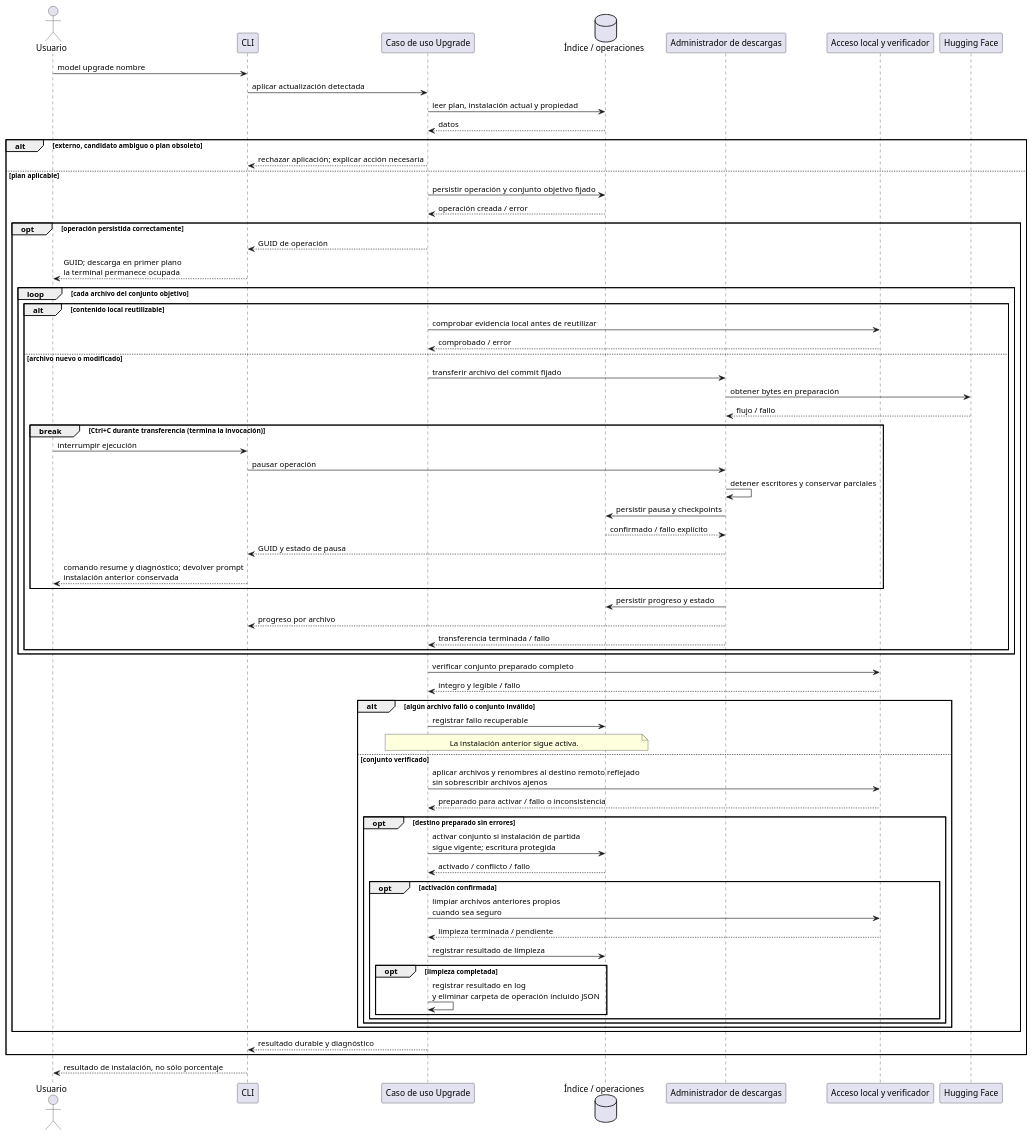
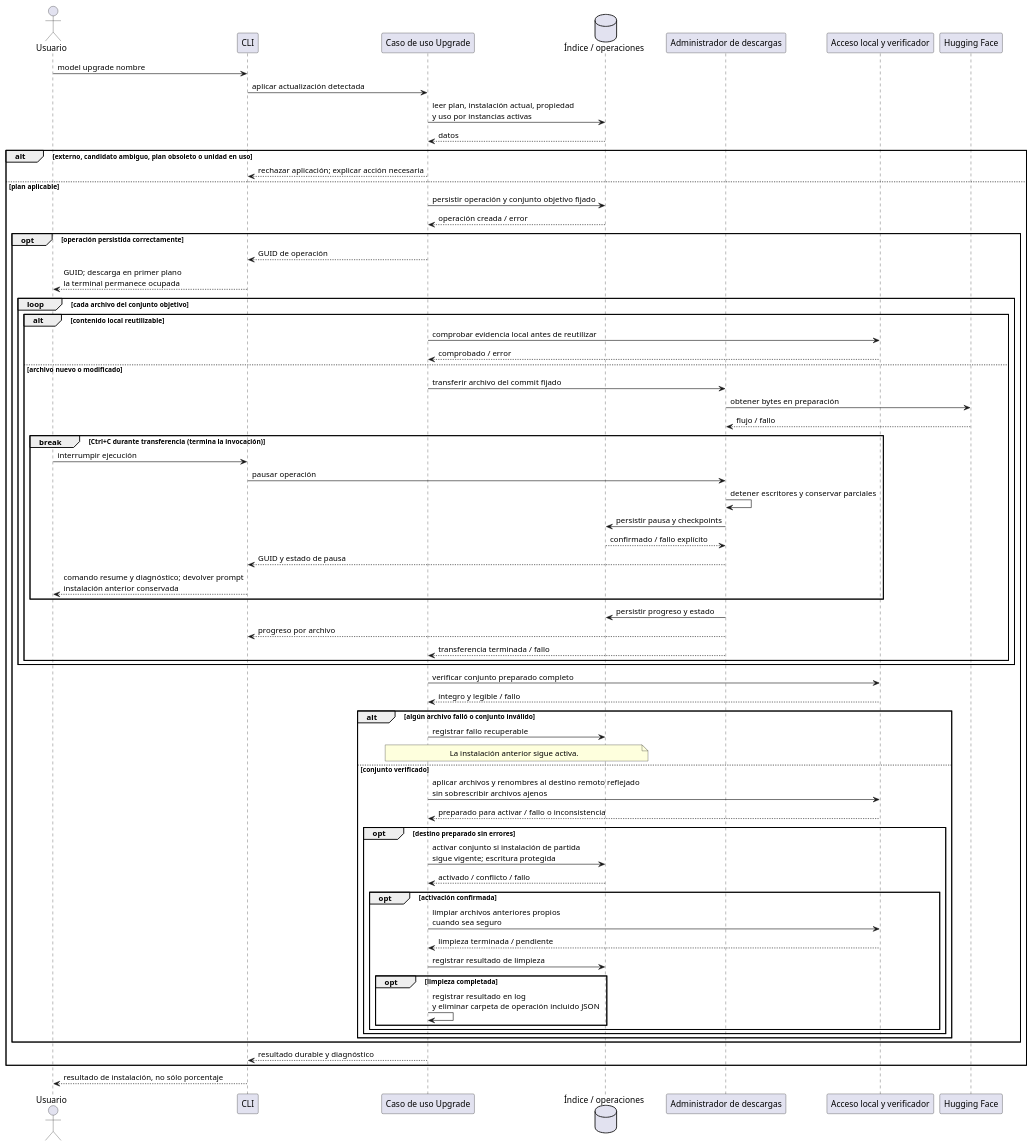
The fourth of 9 diagrams in docs/secuencias.md (mstranich/coquena), drawn with PlantUML before and after one commit. The commit also changed other lines of this file and 11 other files, not shown here.

````diff
--- a/docs/secuencias.md
+++ b/docs/secuencias.md
@@ -279,72 +279,72 @@
 ```plantuml
 @startuml
 actor Usuario as U
 participant CLI
 participant "Caso de uso Upgrade" as UG
 database "Índice / operaciones" as I
 participant "Administrador de descargas" as D
 participant "Acceso local y verificador" as F
 participant "Hugging Face" as HF
 U -> CLI : model upgrade nombre
 CLI -> UG : aplicar actualización detectada
-UG -> I : leer plan, instalación actual y propiedad
+UG -> I : leer plan, instalación actual, propiedad\ny uso por instancias activas
 I --> UG : datos
-alt externo, candidato ambiguo o plan obsoleto
+alt externo, candidato ambiguo, plan obsoleto o unidad en uso
   UG --> CLI : rechazar aplicación; explicar acción necesaria
 else plan aplicable
   UG -> I : persistir operación y conjunto objetivo fijado
   I --> UG : operación creada / error
   opt operación persistida correctamente
     UG --> CLI : GUID de operación
     CLI --> U : GUID; descarga en primer plano\nla terminal permanece ocupada
     loop cada archivo del conjunto objetivo
       alt contenido local reutilizable
         UG -> F : comprobar evidencia local antes de reutilizar
         F --> UG : comprobado / error
       else archivo nuevo o modificado
         UG -> D : transferir archivo del commit fijado
         D -> HF : obtener bytes en preparación
         HF --> D : flujo / fallo
         break Ctrl+C durante transferencia (termina la invocación)
           U -> CLI : interrumpir ejecución
           CLI -> D : pausar operación
           D -> D : detener escritores y conservar parciales
           D -> I : persistir pausa y checkpoints
           I --> D : confirmado / fallo explícito
           D --> CLI : GUID y estado de pausa
           CLI --> U : comando resume y diagnóstico; devolver prompt\ninstalación anterior conservada
         end
         D -> I : persistir progreso y estado
         D --> CLI : progreso por archivo
         D --> UG : transferencia terminada / fallo
       end
     end
     UG -> F : verificar conjunto preparado completo
     F --> UG : íntegro y legible / fallo
     alt algún archivo falló o conjunto inválido
       UG -> I : registrar fallo recuperable
       note over UG,I
         La instalación anterior sigue activa.
       end note
     else conjunto verificado
       UG -> F : aplicar archivos y renombres al destino remoto reflejado\nsin sobrescribir archivos ajenos
       F --> UG : preparado para activar / fallo o inconsistencia
       opt destino preparado sin errores
       UG -> I : activar conjunto si instalación de partida\nsigue vigente; escritura protegida
       I --> UG : activado / conflicto / fallo
       opt activación confirmada
         UG -> F : limpiar archivos anteriores propios\ncuando sea seguro
         F --> UG : limpieza terminada / pendiente
         UG -> I : registrar resultado de limpieza
         opt limpieza completada
           UG -> UG : registrar resultado en log\ny eliminar carpeta de operación incluido JSON
         end
       end
       end
     end
   end
   UG --> CLI : resultado durable y diagnóstico
 end
 CLI --> U : resultado de instalación, no sólo porcentaje
 @enduml
 ```
````
